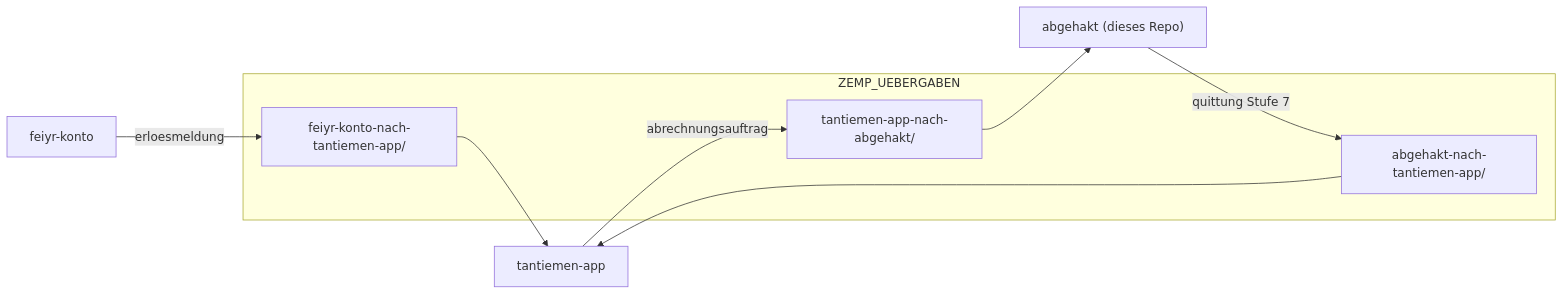
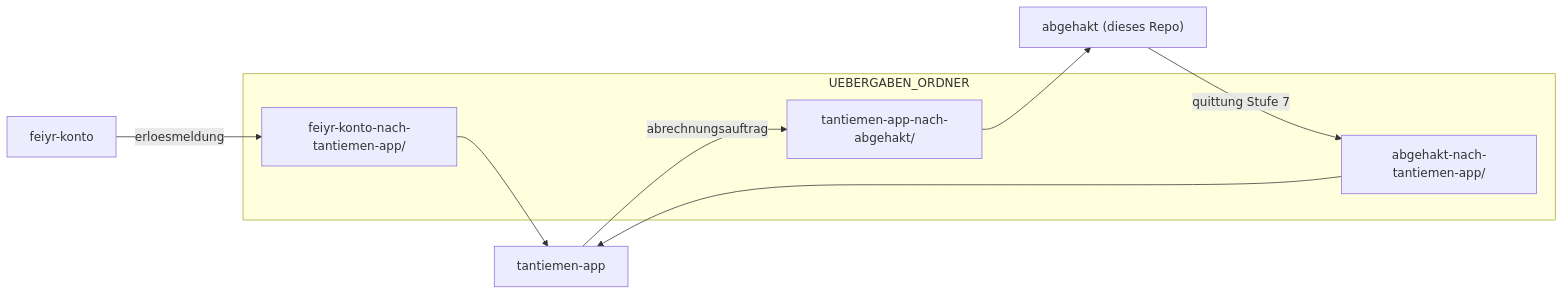
Before and after one commit to abgehakt-zugferd/abgehakt-e-rechnung: the diagram in docs/DEV-DOCU.md, drawn with Mermaid. The commit also changed other lines of this file and 4 other files, not shown here.

First line of the commit message:
Auslieferbarer Code ohne ZEMP-Kennung, UEBERGABEN_ORDNER als Env-Name.

````diff
--- a/docs/DEV-DOCU.md
+++ b/docs/DEV-DOCU.md
@@ -791,14 +791,14 @@
 ```mermaid
 flowchart LR
-  subgraph ordner["ZEMP_UEBERGABEN"]
+  subgraph ordner["UEBERGABEN_ORDNER"]
     E["feiyr-konto-nach-tantiemen-app/"]
     A["tantiemen-app-nach-abgehakt/"]
     Q["abgehakt-nach-tantiemen-app/"]
   end
   feiyr["feiyr-konto"] -->|"erloesmeldung"| E
   E --> tantiemen["tantiemen-app"]
   tantiemen -->|"abrechnungsauftrag"| A
   A --> abgehakt["abgehakt (dieses Repo)"]
   abgehakt -->|"quittung Stufe 7"| Q
   Q --> tantiemen
 ```
````
